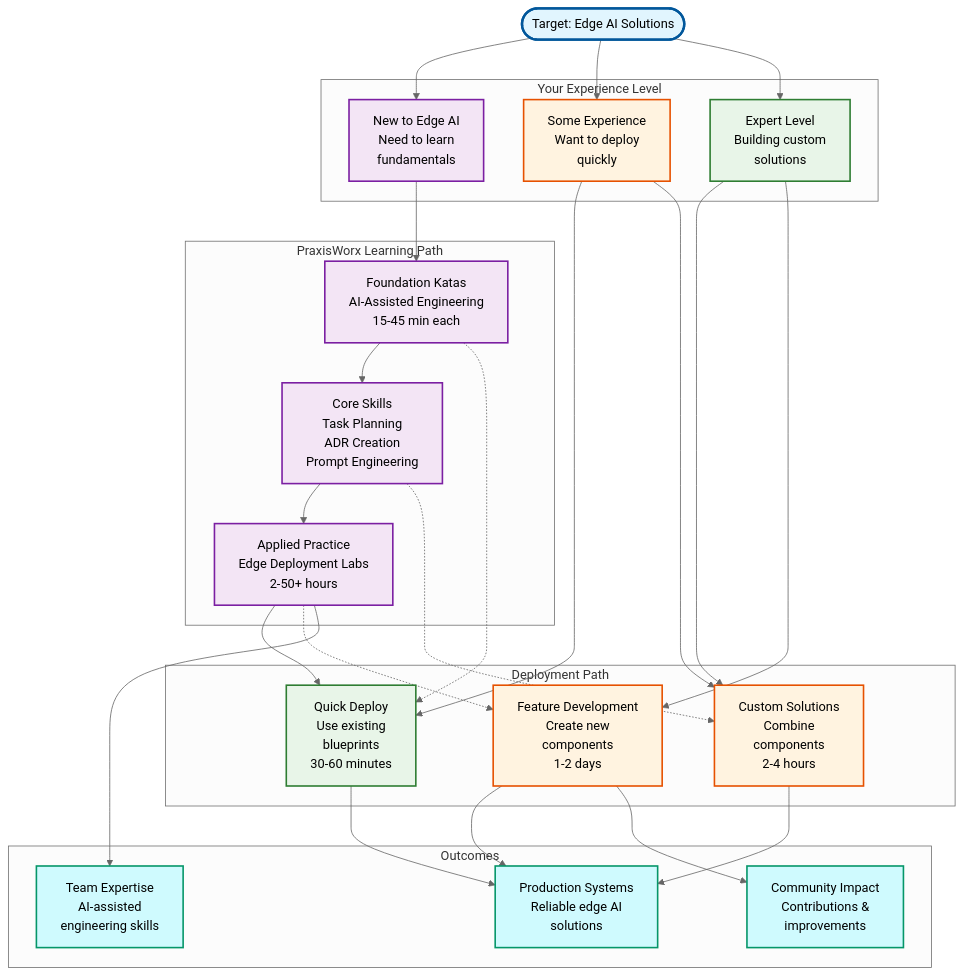
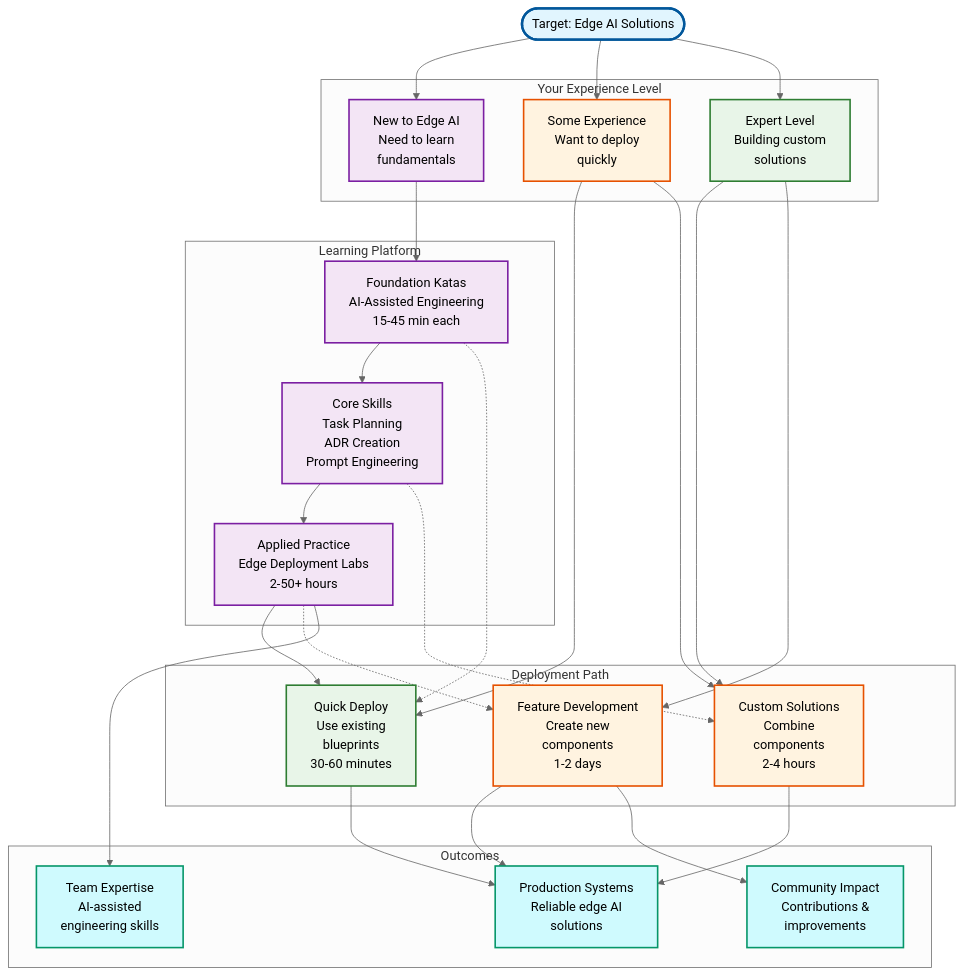
The diagram in README.md (microsoft/edge-ai), drawn with Mermaid (neutral theme) before and after one commit. The commit also changed other lines of this file and 915 other files, not shown here.

First line of the commit message:
Merged PR 405: Learning Platform Rebuild

````diff
--- a/README.md
+++ b/README.md
@@ -32,70 +32,70 @@
 ```mermaid
 graph TD
     Start([Target: Edge AI Solutions])
 
     subgraph experience [Your Experience Level]
         Beginner[New to Edge AI<br/>Need to learn<br/>fundamentals]
         Intermediate[Some Experience<br/>Want to deploy<br/>quickly]
         Advanced[Expert Level<br/>Building custom<br/>solutions]
     end
 
-    subgraph learning [PraxisWorx Learning Path]
+    subgraph learning [Learning Platform]
         Foundation[Foundation Katas<br/>AI-Assisted Engineering<br/>15-45 min each]
         Skills[Core Skills<br/>Task Planning<br/>ADR Creation<br/>Prompt Engineering]
         Application[Applied Practice<br/>Edge Deployment Labs<br/>2-50+ hours]
     end
 
     subgraph deployment [Deployment Path]
         QuickDeploy[Quick Deploy<br/>Use existing<br/>blueprints<br/>30-60 minutes]
         CustomBuild[Custom Solutions<br/>Combine<br/>components<br/>2-4 hours]
         NewFeatures[Feature Development<br/>Create new<br/>components<br/>1-2 days]
     end
 
     subgraph outcomes [Outcomes]
         Production[Production Systems<br/>Reliable edge AI<br/>solutions]
         Expertise[Team Expertise<br/>AI-assisted<br/>engineering skills]
         Community[Community Impact<br/>Contributions &<br/>improvements]
     end
 
     Start --> Beginner
     Start --> Intermediate
     Start --> Advanced
 
     Beginner --> Foundation
     Foundation --> Skills
     Skills --> Application
     Application --> QuickDeploy
 
     Intermediate --> QuickDeploy
     Intermediate --> CustomBuild
 
     Advanced --> CustomBuild
     Advanced --> NewFeatures
 
     %% Learning enhances all paths
     Foundation -.-> QuickDeploy
     Skills -.-> CustomBuild
     Application -.-> NewFeatures
 
     QuickDeploy --> Production
     CustomBuild --> Production
     NewFeatures --> Production
 
     Application --> Expertise
     NewFeatures --> Community
 
     %% Enhanced color scheme for learning journey
     style Start fill:#e1f5fe,stroke:#01579b,stroke-width:3px
     style Beginner fill:#f3e5f5,stroke:#7b1fa2,stroke-width:2px
     style Intermediate fill:#fff3e0,stroke:#e65100,stroke-width:2px
     style Advanced fill:#e8f5e8,stroke:#2e7d32,stroke-width:2px
     style Foundation fill:#f3e5f5,stroke:#7b1fa2,stroke-width:2px
     style Skills fill:#f3e5f5,stroke:#7b1fa2,stroke-width:2px
     style Application fill:#f3e5f5,stroke:#7b1fa2,stroke-width:2px
     style QuickDeploy fill:#e8f5e8,stroke:#2e7d32,stroke-width:2px
     style CustomBuild fill:#fff3e0,stroke:#e65100,stroke-width:2px
     style NewFeatures fill:#fff3e0,stroke:#e65100,stroke-width:2px
     style Production fill:#cffafe,stroke:#059669,stroke-width:2px
     style Expertise fill:#cffafe,stroke:#059669,stroke-width:2px
     style Community fill:#cffafe,stroke:#059669,stroke-width:2px
 ```
````
